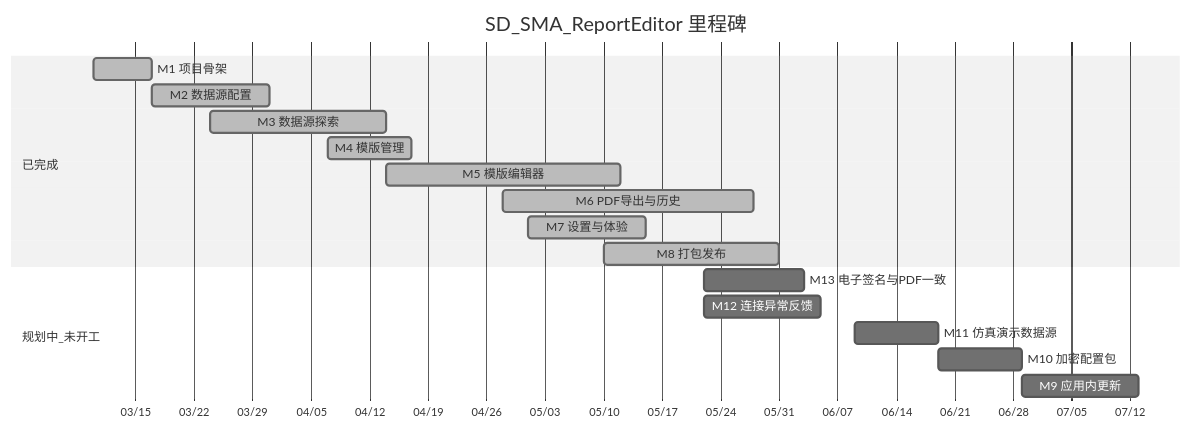
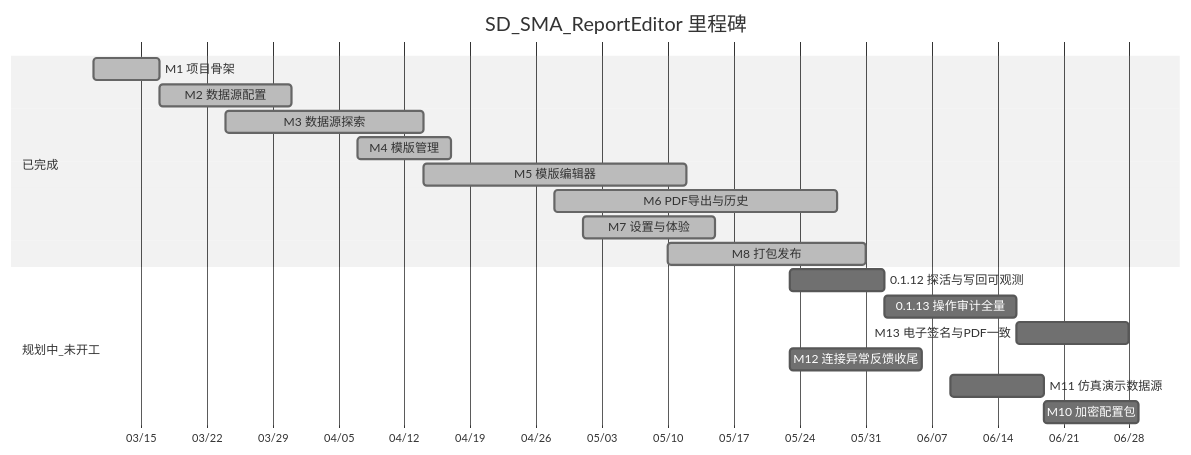
The first of 2 diagrams in _Prj/SD_SMA_ReportEditor/_Doc/002_里程碑与工单.md (cwjwudi/sma_data_collector), drawn with Mermaid (neutral theme) before and after one commit. The commit also changed other lines of this file and 22 other files, not shown here.

````diff
--- a/_Prj/SD_SMA_ReportEditor/_Doc/002_里程碑与工单.md
+++ b/_Prj/SD_SMA_ReportEditor/_Doc/002_里程碑与工单.md
@@ -35,23 +85,24 @@
 ```mermaid
 gantt
     title SD_SMA_ReportEditor 里程碑
     dateFormat YYYY-MM-DD
     axisFormat %m/%d
 
     section 已完成
     M1 项目骨架           :done, m1, 2026-03-10, 7d
     M2 数据源配置         :done, m2, 2026-03-17, 14d
     M3 数据源探索         :done, m3, 2026-03-24, 21d
     M4 模版管理           :done, m4, 2026-04-07, 10d
     M5 模版编辑器         :done, m5, 2026-04-14, 28d
     M6 PDF导出与历史      :done, m6, 2026-04-28, 30d
     M7 设置与体验         :done, m7, 2026-05-01, 14d
     M8 打包发布           :done, m8, 2026-05-10, 21d
 
     section 规划中_未开工
-    M13 电子签名与PDF一致 :m13, 2026-05-22, 12d
-    M12 连接异常反馈      :m12, 2026-05-22, 14d
-    M11 仿真演示数据源    :m11, 2026-06-09, 10d
-    M10 加密配置包        :m10, 2026-06-19, 10d
-    M9 应用内更新         :m9, 2026-06-29, 14d
+    0.1.12 探活与写回可观测 :v112, 2026-05-23, 10d
+    0.1.13 操作审计全量     :v113, 2026-06-02, 14d
+    M13 电子签名与PDF一致   :m13, 2026-06-16, 12d
+    M12 连接异常反馈收尾    :m12, 2026-05-23, 14d
+    M11 仿真演示数据源      :m11, 2026-06-09, 10d
+    M10 加密配置包          :m10, 2026-06-19, 10d
 ```
````
